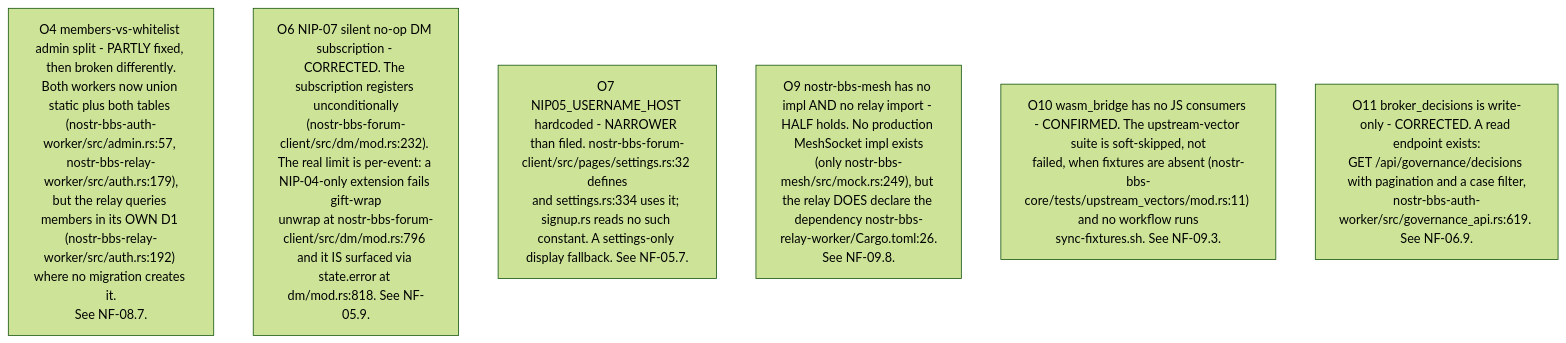
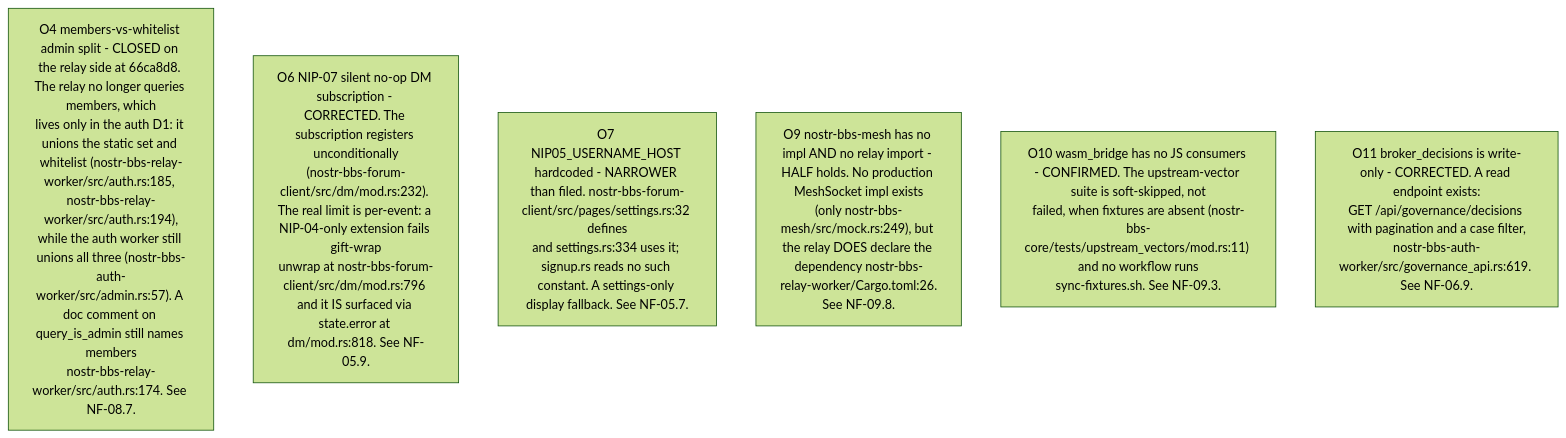
Before and after one commit to DreamLab-AI/VisionFlow: the fourth of 10 diagrams in docs/diagrams/nostr-rust-forum/10-invariants-and-anomaly-register.md, drawn with Mermaid (forest theme). The commit also changed other lines of this file and 26 other files, not shown here.

First line of the commit message:
docs(diagrams): re-verify solid-pod-rs, nostr-rust-forum and visionclaw 22/36 against HEAD

````diff
--- a/docs/diagrams/nostr-rust-forum/10-invariants-and-anomaly-register.md
+++ b/docs/diagrams/nostr-rust-forum/10-invariants-and-anomaly-register.md
@@ -111,9 +113,9 @@
 ```mermaid
 flowchart TB
-    O4["O4 members-vs-whitelist admin split - PARTLY fixed, then broken differently.<br/>Both workers now union static plus both tables (nostr-bbs-auth-worker/src/admin.rs:57, nostr-bbs-relay-worker/src/auth.rs:179),<br/>but the relay queries members in its OWN D1 (nostr-bbs-relay-worker/src/auth.rs:192) where no migration creates it.<br/>See NF-08.7."]
+    O4["O4 members-vs-whitelist admin split - CLOSED on the relay side at 66ca8d8. The relay no longer queries members, which<br/>lives only in the auth D1: it unions the static set and whitelist (nostr-bbs-relay-worker/src/auth.rs:185, nostr-bbs-relay-worker/src/auth.rs:194),<br/>while the auth worker still unions all three (nostr-bbs-auth-worker/src/admin.rs:57). A doc comment on query_is_admin still names members<br/>nostr-bbs-relay-worker/src/auth.rs:174. See NF-08.7."]
     O6["O6 NIP-07 silent no-op DM subscription - CORRECTED. The subscription registers unconditionally<br/>(nostr-bbs-forum-client/src/dm/mod.rs:232). The real limit is per-event: a NIP-04-only extension fails gift-wrap<br/>unwrap at nostr-bbs-forum-client/src/dm/mod.rs:796 and it IS surfaced via state.error at dm/mod.rs:818. See NF-05.9."]
     O7["O7 NIP05_USERNAME_HOST hardcoded - NARROWER than filed. nostr-bbs-forum-client/src/pages/settings.rs:32 defines<br/>and settings.rs:334 uses it; signup.rs reads no such constant. A settings-only display fallback. See NF-05.7."]
     O9["O9 nostr-bbs-mesh has no impl AND no relay import - HALF holds. No production MeshSocket impl exists<br/>(only nostr-bbs-mesh/src/mock.rs:249), but the relay DOES declare the dependency nostr-bbs-relay-worker/Cargo.toml:26.<br/>See NF-09.8."]
     O10["O10 wasm_bridge has no JS consumers - CONFIRMED. The upstream-vector suite is soft-skipped, not<br/>failed, when fixtures are absent (nostr-bbs-core/tests/upstream_vectors/mod.rs:11) and no workflow runs<br/>sync-fixtures.sh. See NF-09.3."]
     O11c["O11 broker_decisions is write-only - CORRECTED. A read endpoint exists:<br/>GET /api/governance/decisions with pagination and a case filter,<br/>nostr-bbs-auth-worker/src/governance_api.rs:619. See NF-06.9."]
 ```
````
